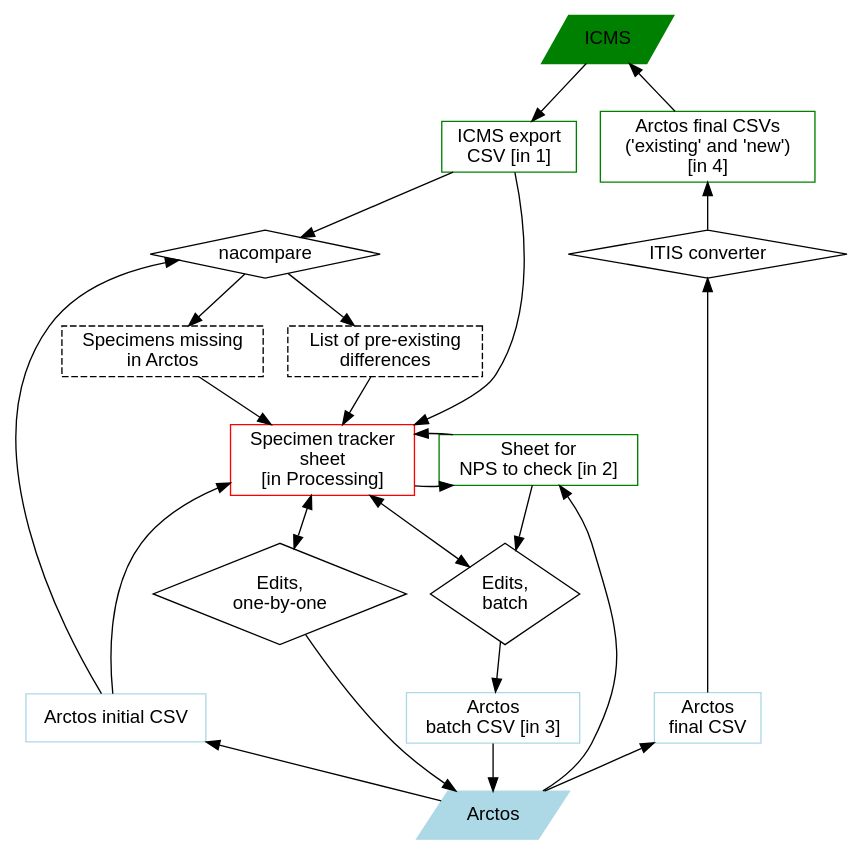
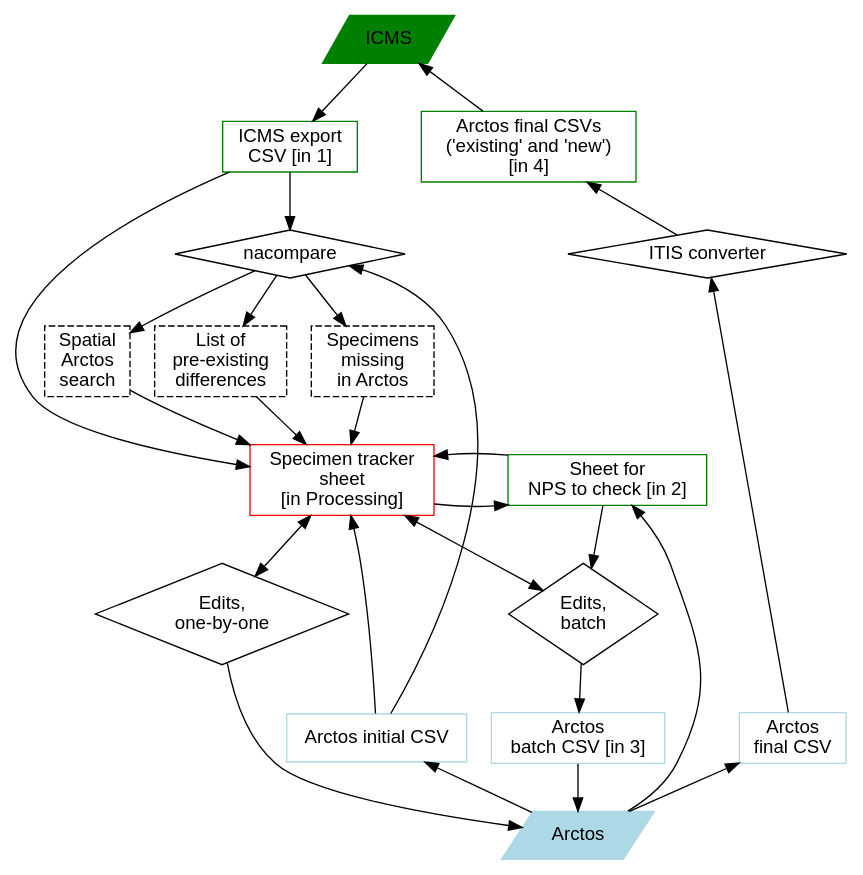
Before and after one commit to ALA-herbarium/arctos-tools: the diagram in nps/workflow/workflow.dot, drawn with Graphviz. The commit also changed 1 other file, not shown here.

```diff
--- a/nps/workflow/workflow.dot
+++ b/nps/workflow/workflow.dot
@@ -1,83 +1,86 @@
 digraph flow {
     node [fontname="Helvetica",shape=box];
     edge [fontname="Courier", len=1.5];
     overlap=false;
     //rankdir=BT;
     newrank=true;
     ranksep=0.5
     icms [label="ICMS", shape=parallelogram,color=green,style=filled]
     //
     icms -> csv1 ;
     icms -> csv3 [dir=back];
     //
     subgraph icms1 {
         rank=same;
         csv1 [label="ICMS export\nCSV [in 1]",color=green]
         csv3 [label="Arctos final CSVs\n('existing' and 'new')\n[in 4]",
         color=green]
     };
     //
     csv1 -> nacompare;
     csv1 -> spectracker ;
     nacompare -> notes1
     nacompare -> notes2 ;
+    nacompare -> notes3 ;
     notes1 -> spectracker
     notes2 -> spectracker
+    notes3 -> spectracker
     spectracker -> csv2 [dir=back]
     csv3 -> itis [dir=back];
     npscheck -> arctos [dir=back]
     npscheck -> edits2
     //
     subgraph ala1 {
         rank=same;
         nacompare [shape=diamond];
         itis [label="ITIS converter",shape=diamond];
     }
     //
     subgraph ala2 {
         rank=same;
         spectracker [label="Specimen tracker\nsheet\n[in Processing]",
                      color=red];
         npscheck [label="Sheet for\nNPS to check [in 2]",color=green];
         //invis1 [style=invis,label=""]
     }
     //
     subgraph ala3 {
         rank=same;
-        notes1 [label="List of pre-existing\ndifferences",style=dashed];
-        notes2 [label="Specimens missing\nin Arctos",style=dashed];
+        notes1 [label="List of\npre-existing\ndifferences",style=dashed];
+        notes2 [label="Specimens\nmissing\nin Arctos",style=dashed];
+        notes3 [label="Spatial\nArctos\nsearch",style=dashed];
     }
     //
     subgraph ala4 {
         rank=same;
         edits1 [label="Edits,\none-by-one",shape=diamond];
         edits2 [label="Edits,\nbatch",shape=diamond];
     };
     //
     
     nacompare -> csv2 [dir=back];
     spectracker -> npscheck;
     npscheck -> spectracker
     spectracker -> edits1 [dir=both];
     spectracker -> edits2 [dir=both];
     itis -> csv4 [dir=back];
     //
     subgraph arctos1 {
         rank=same
         csv2 [label="Arctos initial CSV",color=lightblue]
         csv4 [label="Arctos\nfinal CSV",color=lightblue]
         csv5 [label="Arctos\nbatch CSV [in 3]",color=lightblue]
     };
     edits1 -> arctos ;
     edits2 -> csv5
     csv2 -> arctos  [dir=back];
     csv4 -> arctos  [dir=back];
     csv5 -> arctos
     //
     arctos [label="Arctos", shape=parallelogram, color=lightblue,
                 style=filled];
     
 /*
 
 */
 }
```
